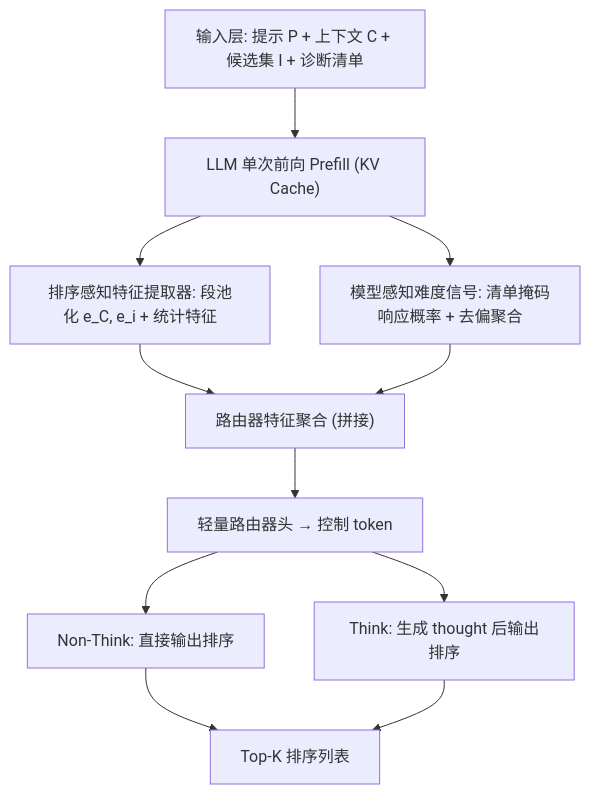
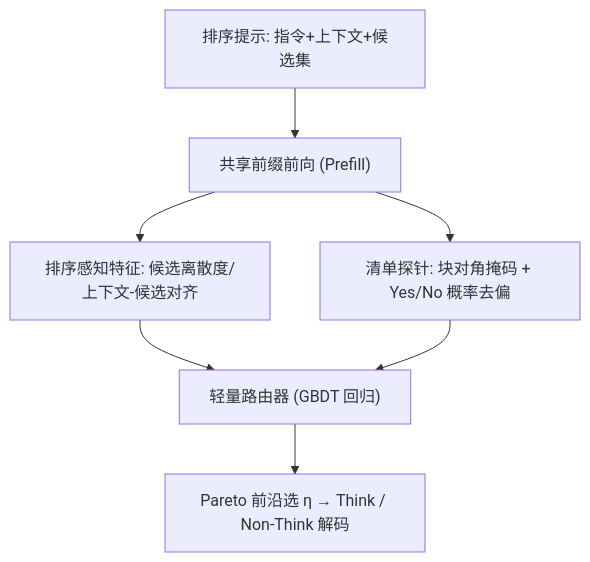
The diagram in docs/venues/SIGIR/2026/llm_rec/think_when_needed_model_aware_reasoning_routing_for_llm_based_ranking.md (jbdcia321vw/Paper-Notes), drawn with Mermaid before and after one commit. The commit also changed other lines of this file and 1119 other files, not shown here.

````diff
--- a/docs/venues/SIGIR/2026/llm_rec/think_when_needed_model_aware_reasoning_routing_for_llm_based_ranking.md
+++ b/docs/venues/SIGIR/2026/llm_rec/think_when_needed_model_aware_reasoning_routing_for_llm_based_ranking.md
@@ -55,13 +47,9 @@
 ```mermaid
 flowchart TD
-    A["输入层: 提示 P + 上下文 C + 候选集 I + 诊断清单"] --> B["LLM 单次前向 Prefill (KV Cache)"]
-    B --> C1["排序感知特征提取器: 段池化 e_C, e_i + 统计特征"]
-    B --> C2["模型感知难度信号: 清单掩码响应概率 + 去偏聚合"]
-    C1 --> D["路由器特征聚合 (拼接)"]
-    C2 --> D
-    D --> E["轻量路由器头 → 控制 token"]
-    E --> F1["Non-Think: 直接输出排序"]
-    E --> F2["Think: 生成 thought 后输出排序"]
-    F1 --> G["Top-K 排序列表"]
-    F2 --> G
+    A["排序提示: 指令+上下文+候选集"] --> B["共享前缀前向 (Prefill)"]
+    B --> C["排序感知特征: 候选离散度/上下文-候选对齐"]
+    B --> D["清单探针: 块对角掩码 + Yes/No 概率去偏"]
+    C --> E["轻量路由器 (GBDT 回归)"]
+    D --> E
+    E --> F["Pareto 前沿选 η → Think / Non-Think 解码"]
 ```
````
